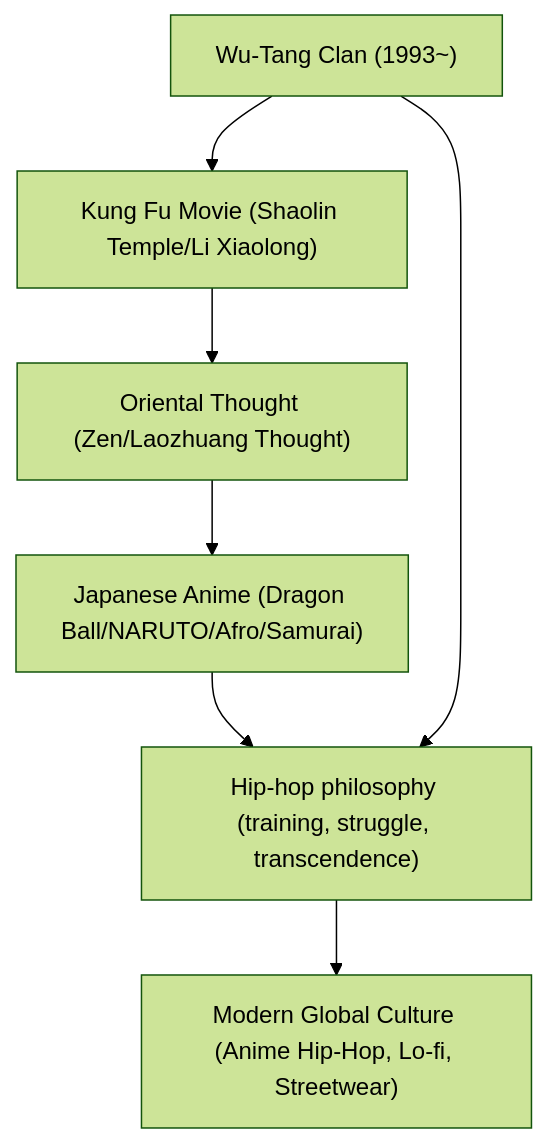
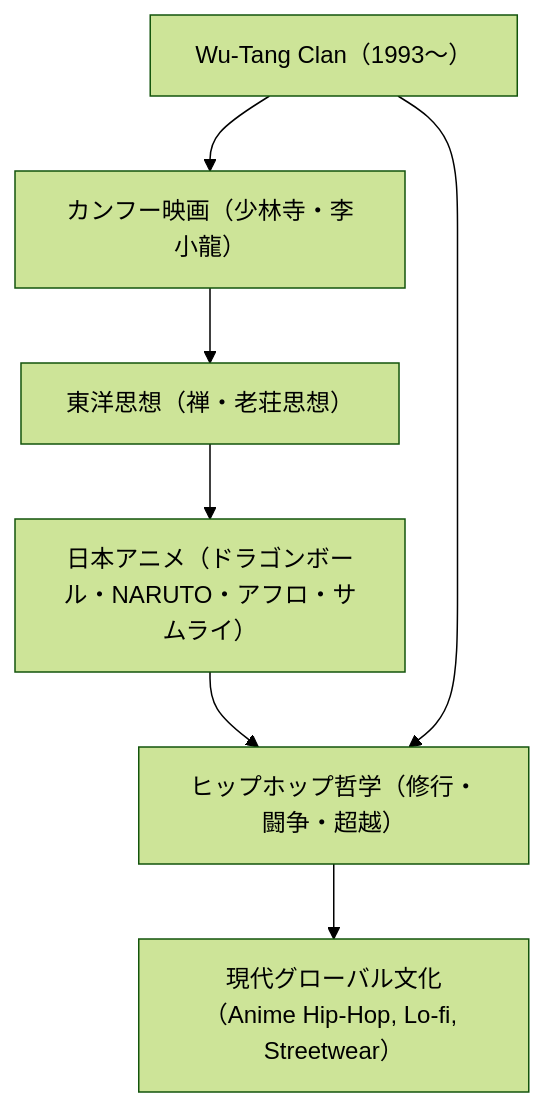
The second of 2 diagrams in en/_posts/2025-10-26-column-wu-tang-clan-anime.md (monumental-movement/monumental-movement.github.io), drawn with Mermaid (forest theme) before and after one commit. The commit also changed other lines of this file and 1701 other files, not shown here.

```diff
--- a/en/_posts/2025-10-26-column-wu-tang-clan-anime.md
+++ b/en/_posts/2025-10-26-column-wu-tang-clan-anime.md
@@ -162,19 +161,18 @@
 <div class="mermaid">
 
 flowchart TD
-A["Wu-Tang Clan (1993~)"]
-B["Kung Fu Movie (Shaolin Temple/Li Xiaolong)"]
-C["Oriental Thought (Zen/Laozhuang Thought)"]
-D["Japanese Anime (Dragon Ball/NARUTO/Afro/Samurai)"]
-E["Hip-hop philosophy (training, struggle, transcendence)"]
-F["Modern Global Culture (Anime Hip-Hop, Lo-fi, Streetwear)"]
+    A["Wu-Tang Clan（1993〜）"]
+    B["カンフー映画（少林寺・李小龍）"]
+    C["東洋思想（禅・老荘思想）"]
+    D["日本アニメ（ドラゴンボール・NARUTO・アフロ・サムライ）"]
+    E["ヒップホップ哲学（修行・闘争・超越）"]
+    F["現代グローバル文化（Anime Hip-Hop, Lo-fi, Streetwear）"]
 
-A --> B
-B --> C
-C --> D
-D --> E
-A --> E
-E --> F
-
+    A --> B
+    B --> C
+    C --> D
+    D --> E
+    A --> E
+    E --> F
 
 </div>
```
